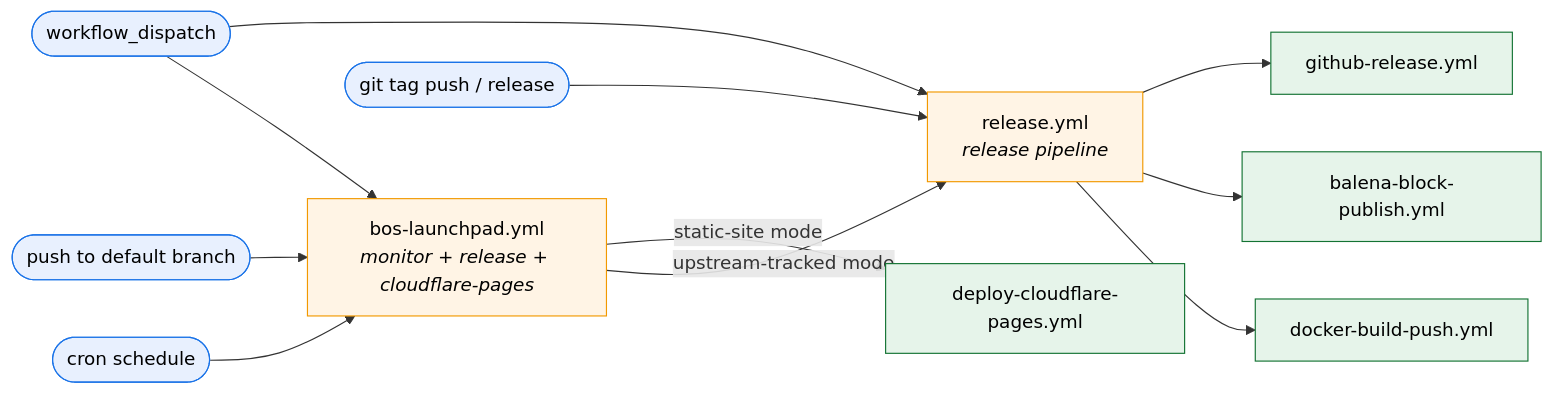
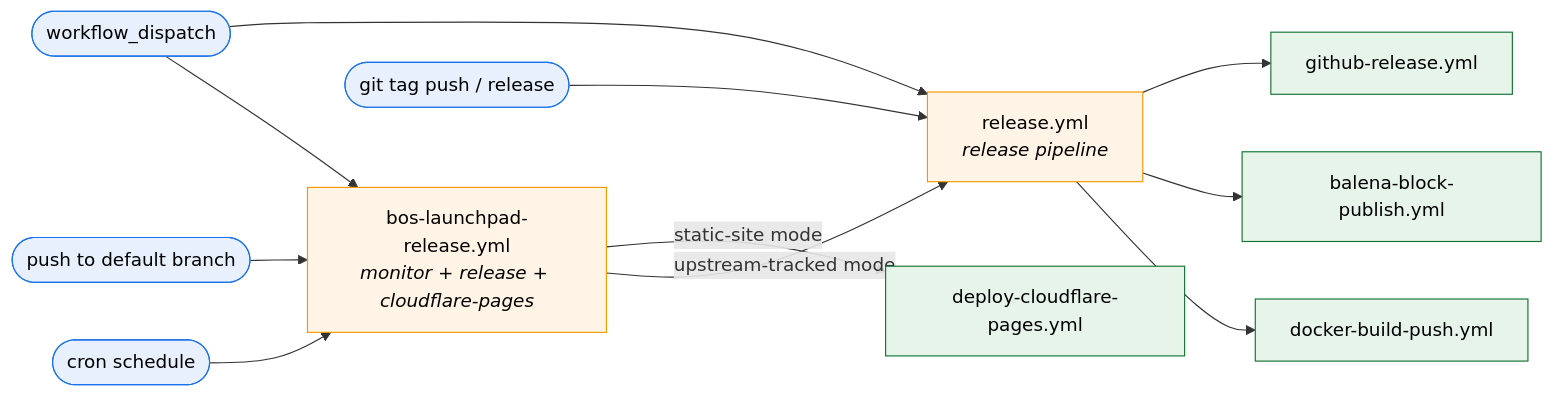
Before and after one commit to blackoutsecure/bos-automation-hub: the diagram in README.md, drawn with Mermaid. The commit also changed other lines of this file and 10 other files, not shown here.

First line of the commit message:
rename launchpad workflows to bos-launchpad-* family

````diff
--- a/README.md
+++ b/README.md
@@ -524,22 +524,22 @@
 ```mermaid
 flowchart LR
     cron([cron schedule]):::trigger --> launchpad
     push([push to default branch]):::trigger --> launchpad
     tag([git tag push / release]):::trigger --> release
     dispatch([workflow_dispatch]):::trigger --> launchpad
     dispatch --> release
 
-    launchpad["bos-launchpad.yml<br/><i>monitor + release + cloudflare-pages</i>"]:::orchestrator
+    launchpad["bos-launchpad-release.yml<br/><i>monitor + release + cloudflare-pages</i>"]:::orchestrator
     release["release.yml<br/><i>release pipeline</i>"]:::orchestrator
 
     launchpad -->|upstream-tracked mode| release
     launchpad -->|static-site mode| pages["deploy-cloudflare-pages.yml"]:::stage
 
     release --> docker["docker-build-push.yml"]:::stage
     release --> balena["balena-block-publish.yml"]:::stage
     release --> ghr["github-release.yml"]:::stage
 
     classDef trigger fill:#e8f0fe,stroke:#1a73e8,color:#000
     classDef orchestrator fill:#fff4e5,stroke:#f29900,color:#000
     classDef stage fill:#e6f4ea,stroke:#137333,color:#000
 ```
````
